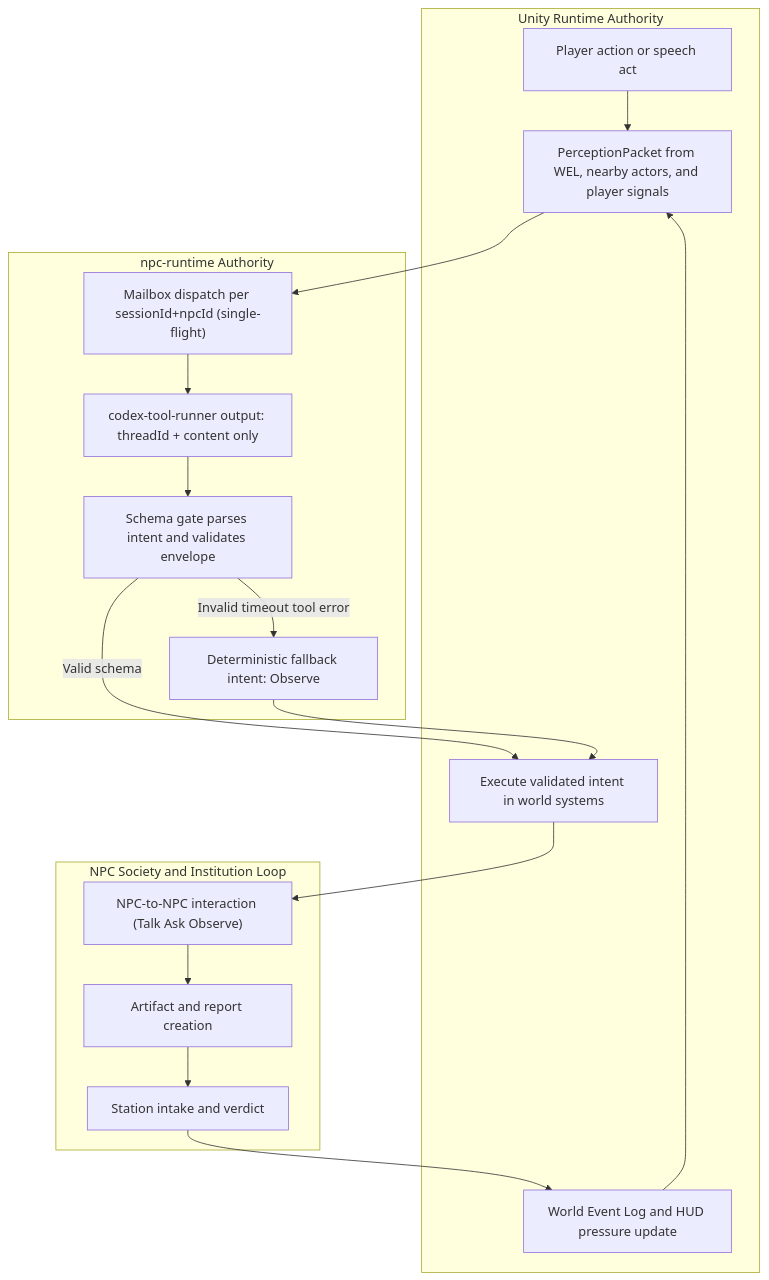
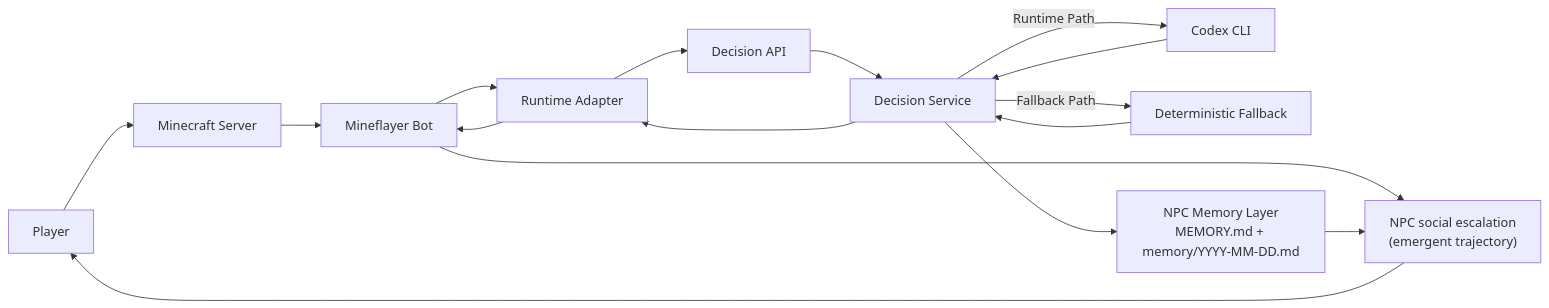
One commit to gigio1023/dream-of-one changed the first of 3 diagrams in README.md. Above: the diagram before and after it, drawn with Mermaid. The commit also changed other lines of this file and 5 other files, not shown here.

First line of the commit message:
docs: add codex cli workflow playbook

````diff
--- a/README.md
+++ b/README.md
@@ -29,27 +29,18 @@
 ```mermaid
-flowchart TD
-    subgraph U["Unity Runtime Authority"]
-        P["Player action or speech act"]
-        O["PerceptionPacket from WEL, nearby actors, and player signals"]
-        X["Execute validated intent in world systems"]
-        W["World Event Log and HUD pressure update"]
-    end
-
-    subgraph B["npc-runtime Authority"]
-        M["Mailbox dispatch per sessionId+npcId (single-flight)"]
-        R["codex-tool-runner output: threadId + content only"]
-        G["Schema gate parses intent and validates envelope"]
-        F["Deterministic fallback intent: Observe"]
-    end
-
-    subgraph S["NPC Society and Institution Loop"]
-        N1["NPC-to-NPC interaction (Talk Ask Observe)"]
-        N2["Artifact and report creation"]
-        N3["Station intake and verdict"]
-    end
-
-    P --> O --> M --> R --> G
-    G -->|Valid schema| X
-    G -->|Invalid timeout tool error| F --> X
-    X --> N1 --> N2 --> N3 --> W --> O
+flowchart LR
+  Player["Player"] --> McServer["Minecraft Server"]
+  McServer --> Bot["Mineflayer Bot"]
+  Bot --> Adapter["Runtime Adapter"]
+  Adapter --> API["Decision API"]
+  API --> Service["Decision Service"]
+  Service -->|Runtime Path| Codex["Codex CLI"]
+  Service -->|Fallback Path| Fallback["Deterministic Fallback"]
+  Codex --> Service
+  Fallback --> Service
+  Service --> Memory["NPC Memory Layer\nMEMORY.md + memory/YYYY-MM-DD.md"]
+  Service --> Adapter
+  Adapter --> Bot
+  Bot --> Social["NPC social escalation\n(emergent trajectory)"]
+  Memory --> Social
+  Social --> Player
 ```
````
